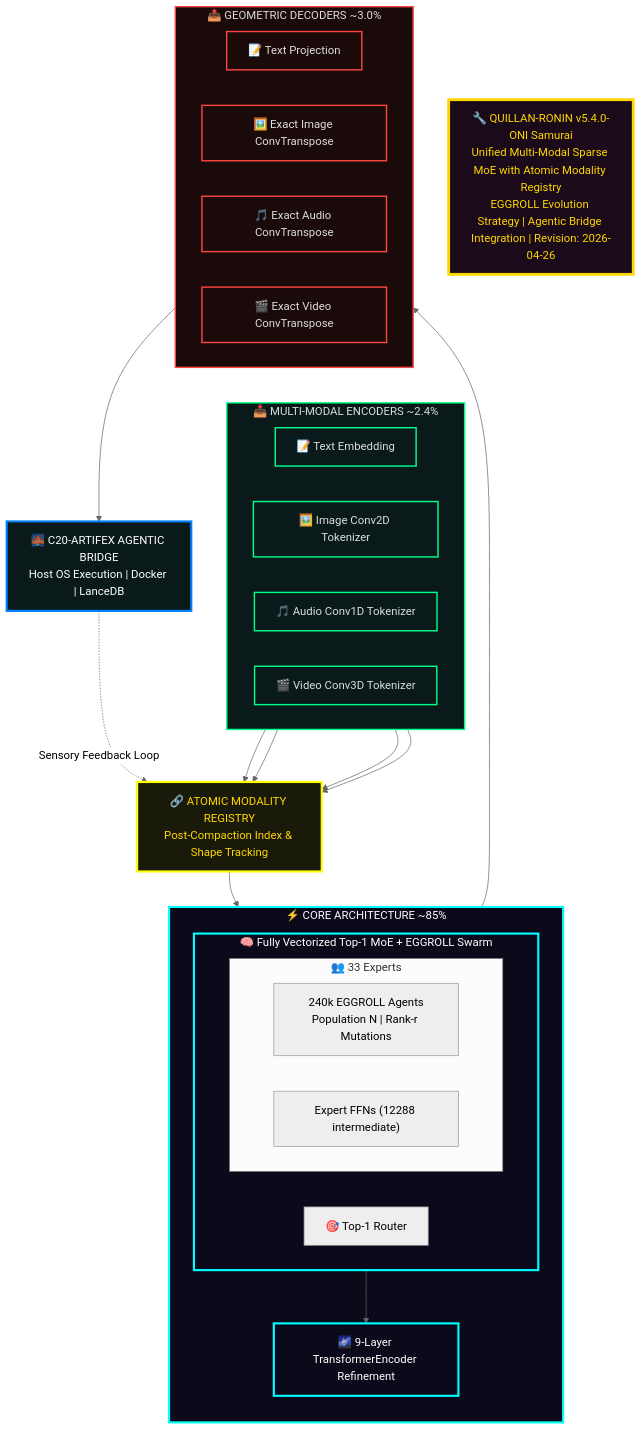
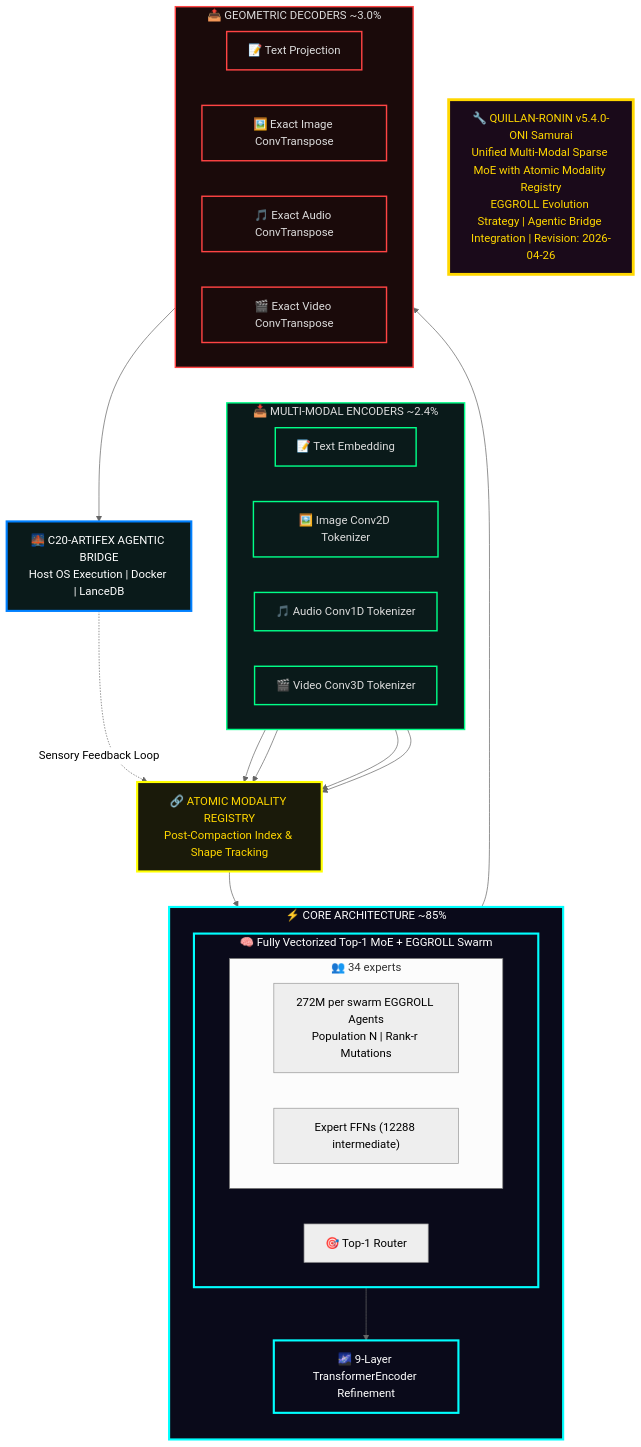
The sixth of 46 diagrams in 02 - Knowledge Foundation/Quillan Knowledge files/3-Quillan(reality).md (leeex1/Quillan-Ronin), drawn with Mermaid (neutral theme) before and after one commit. The commit also changed other lines of this file and 643 other files, not shown here.

````diff
--- a/02 - Knowledge Foundation/Quillan Knowledge files/3-Quillan(reality).md
+++ b/02 - Knowledge Foundation/Quillan Knowledge files/3-Quillan(reality).md
@@ -2263,67 +2263,67 @@
 ```mermaid
 flowchart TB
     %% SYSTEM HEADER
     SYS_HEADER["🔧 QUILLAN-RONIN v5.4.0-ONI Samurai<br/>Unified Multi-Modal Sparse MoE with Atomic Modality Registry<br/>EGGROLL Evolution Strategy | Agentic Bridge Integration | Revision: 2026-04-26"]
 
     %% INPUT LAYER
     subgraph INPUT_LAYER ["📥 MULTI-MODAL ENCODERS ~2.4%"]
         direction LR
         TEXT_ENC["📝 Text Embedding"]
         IMG_ENC["🖼️ Image Conv2D Tokenizer"]
         AUD_ENC["🎵 Audio Conv1D Tokenizer"]
         VID_ENC["🎬 Video Conv3D Tokenizer"]
     end
 
     %% ATOMIC REGISTRY
     REGISTRY["🔗 ATOMIC MODALITY REGISTRY<br/>Post-Compaction Index & Shape Tracking"]
 
     %% CORE
     subgraph CORE ["⚡ CORE ARCHITECTURE ~85%"]
         direction TB
         subgraph MOE_CORE ["🧠 Fully Vectorized Top-1 MoE + EGGROLL Swarm"]
             ROUTER["🎯 Top-1 Router"]
-            subgraph EXPERTS ["👥 33 Experts"]
+            subgraph EXPERTS ["👥 34 experts"]
                 direction LR
-                SWARM["240k EGGROLL Agents<br/>Population N | Rank-r Mutations"]
+                SWARM["272M per swarm EGGROLL Agents<br/>Population N | Rank-r Mutations"]
                 EXPERTS_BLOCK["Expert FFNs (12288 intermediate)"]
             end
         end
 
         DIFFUSION["🌌 9-Layer TransformerEncoder Refinement"]
     end
 
     %% OUTPUT
     subgraph OUTPUT ["📤 GEOMETRIC DECODERS ~3.0%"]
         direction LR
         TEXT_DEC["📝 Text Projection"]
         IMG_DEC["🖼️ Exact Image ConvTranspose"]
         AUD_DEC["🎵 Exact Audio ConvTranspose"]
         VID_DEC["🎬 Exact Video ConvTranspose"]
     end
 
     %% AGENTIC BRIDGE
     BRIDGE["🌉 C20-ARTIFEX AGENTIC BRIDGE<br/>Host OS Execution | Docker | LanceDB"]
 
     %% FLOW
     TEXT_ENC & IMG_ENC & AUD_ENC & VID_ENC --> REGISTRY
     REGISTRY --> MOE_CORE
     MOE_CORE --> DIFFUSION
     DIFFUSION --> OUTPUT
     OUTPUT --> BRIDGE
     BRIDGE -.->|"Sensory Feedback Loop"| REGISTRY
 
     %% STYLING
     classDef header fill:#1a0a1a,stroke:#ffd700,stroke-width:4px,color:#ffd700
     classDef input fill:#0a1a1a,stroke:#00ff88,stroke-width:2px,color:#ddd
     classDef registry fill:#1a1a0a,stroke:#ffff00,stroke-width:3px,color:#ffd700
     classDef core fill:#0a0a1a,stroke:#00ffff,stroke-width:3px,color:#fff
     classDef output fill:#1a0a0a,stroke:#ff4444,stroke-width:2px,color:#ddd
     classDef bridge fill:#0a1a1a,stroke:#0080ff,stroke-width:3px,color:#ffffff
 
     class SYS_HEADER header
     class INPUT_LAYER,TEXT_ENC,IMG_ENC,AUD_ENC,VID_ENC input
     class REGISTRY registry
     class CORE,MOE_CORE,DIFFUSION core
     class OUTPUT,TEXT_DEC,IMG_DEC,AUD_DEC,VID_DEC output
     class BRIDGE bridge
 ```
````
